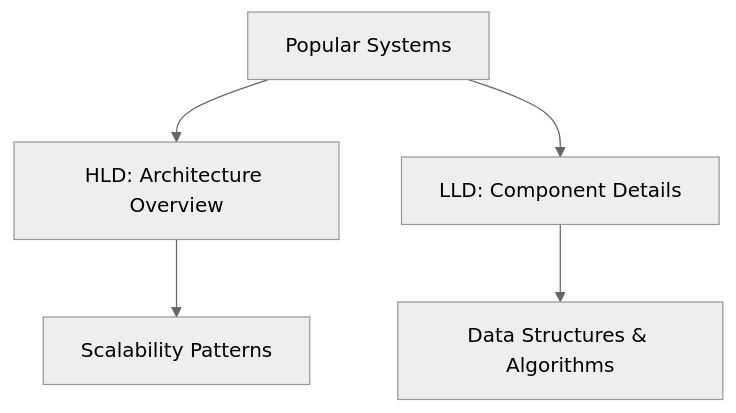
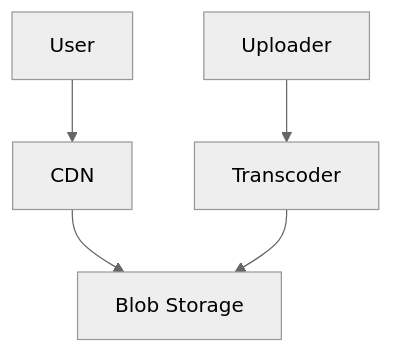
The fourth of 4 diagrams in popular-system-designs-lld-and-hld/README.md (VrushankPatel/interview-matters), drawn with Mermaid (neutral theme) before and after one commit. The commit also changed other lines of this file and 4 other files, not shown here.

Commit message:
kb: update topics Popular System Designs LLD and HLD, LLD HLD Basics, Replication vs Sharding vs Partitioning, Caching, Latency and Throughput Zero to Hero with corrected YAML, sections, and content

````diff
--- a/popular-system-designs-lld-and-hld/README.md
+++ b/popular-system-designs-lld-and-hld/README.md
@@ -43,7 +141,7 @@
 ```mermaid
 graph TD
-    A[Popular Systems] --> B[HLD: Architecture Overview]
-    A --> C[LLD: Component Details]
-    B --> D[Scalability Patterns]
-    C --> E[Data Structures & Algorithms]
+    A[User] --> B[CDN]
+    B --> C[Blob Storage]
+    D[Uploader] --> E[Transcoder]
+    E --> C
 ```
````
